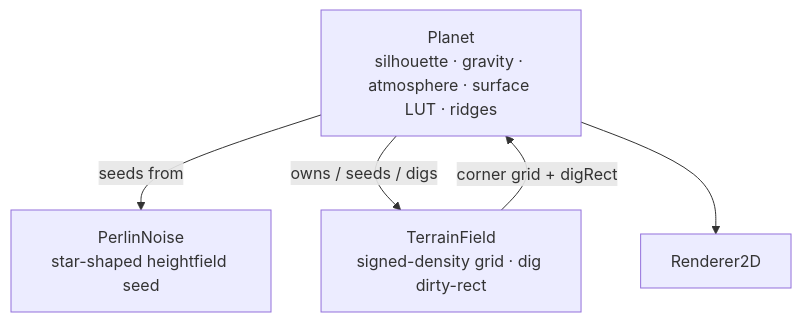
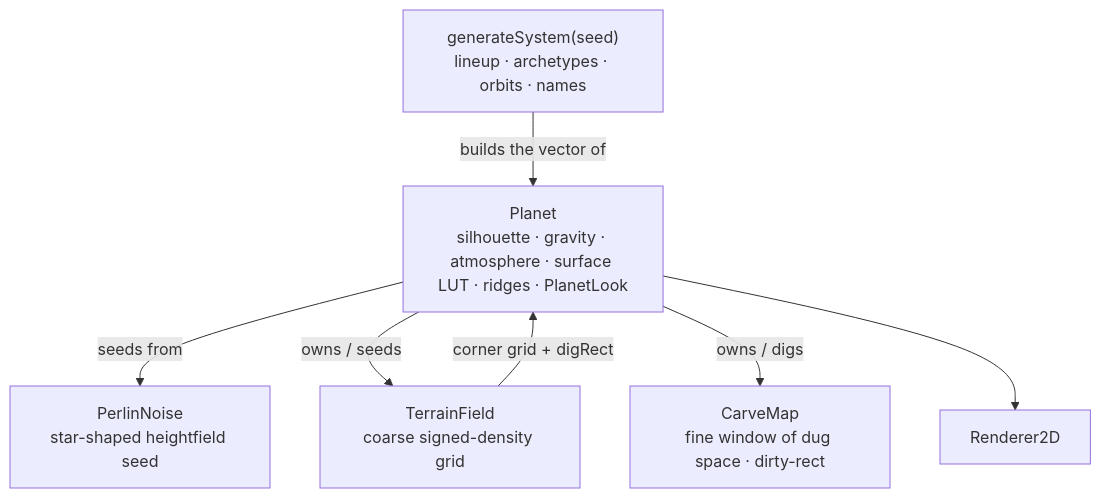
Before and after one commit to keithagroves/visitor: the diagram in docs/architecture/world.md, drawn with Mermaid. The commit also changed other lines of this file and 36 other files, not shown here.

````diff
--- a/docs/architecture/world.md
+++ b/docs/architecture/world.md
@@ -20,17 +28,23 @@
 ```mermaid
 flowchart TD
-    Planet["Planet<br/>silhouette · gravity · atmosphere · surface LUT · ridges"]
-    Field["TerrainField<br/>signed-density grid · dig dirty-rect"]
+    Gen["generateSystem(seed)<br/>lineup · archetypes · orbits · names"]
+    Planet["Planet<br/>silhouette · gravity · atmosphere · surface LUT · ridges · PlanetLook"]
+    Field["TerrainField<br/>coarse signed-density grid"]
+    Carve["CarveMap<br/>fine window of dug space · dirty-rect"]
     Noise["PerlinNoise<br/>star-shaped heightfield seed"]
     Renderer["Renderer2D"]
 
+    Gen -->|builds the vector of| Planet
     Planet -->|seeds from| Noise
-    Planet -->|owns / seeds / digs| Field
+    Planet -->|owns / seeds| Field
+    Planet -->|owns / digs| Carve
     Field -->|corner grid + digRect| Planet
     Planet --> Renderer
 
+    click Gen call navigate("../../src/world/system_gen.cpp")
     click Planet call navigate("../../src/world/planet.cpp")
     click Field call navigate("../../src/world/terrain_field.cpp")
+    click Carve call navigate("../../src/world/carve_map.cpp")
     click Noise call navigate("../../src/math/noise.h")
     click Renderer call navigate("graphics.md")
 ```
````
